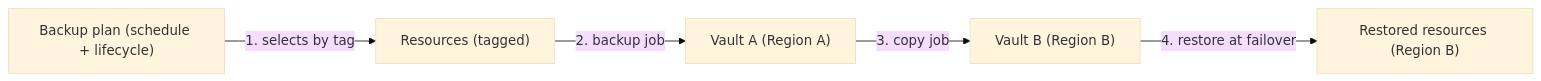
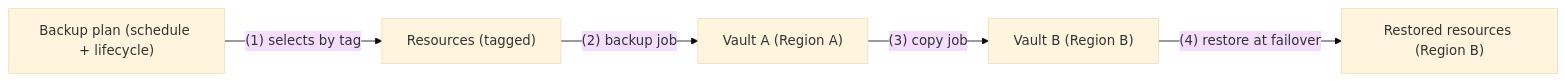
Before and after one commit to firmanains/Belajar: the second of 3 diagrams in AWS/SAA/resilience/disaster-recovery-and-aws-backup.md, drawn with Mermaid (base theme). The commit also changed 14 other files, not shown here.

First line of the commit message:
Fix Mermaid labels that rendered as "Unsupported markdown"

````diff
--- a/AWS/SAA/resilience/disaster-recovery-and-aws-backup.md
+++ b/AWS/SAA/resilience/disaster-recovery-and-aws-backup.md
@@ -68,12 +68,12 @@
 ```mermaid
 flowchart LR
   plan["Backup plan (schedule + lifecycle)"]
   res["Resources (tagged)"]
   va["Vault A (Region A)"]
   vb["Vault B (Region B)"]
   new["Restored resources (Region B)"]
-  plan -->|1. selects by tag| res
-  res -->|2. backup job| va
-  va -->|3. copy job| vb
-  vb -->|4. restore at failover| new
+  plan -->|"(1) selects by tag"| res
+  res -->|"(2) backup job"| va
+  va -->|"(3) copy job"| vb
+  vb -->|"(4) restore at failover"| new
 ```
````
